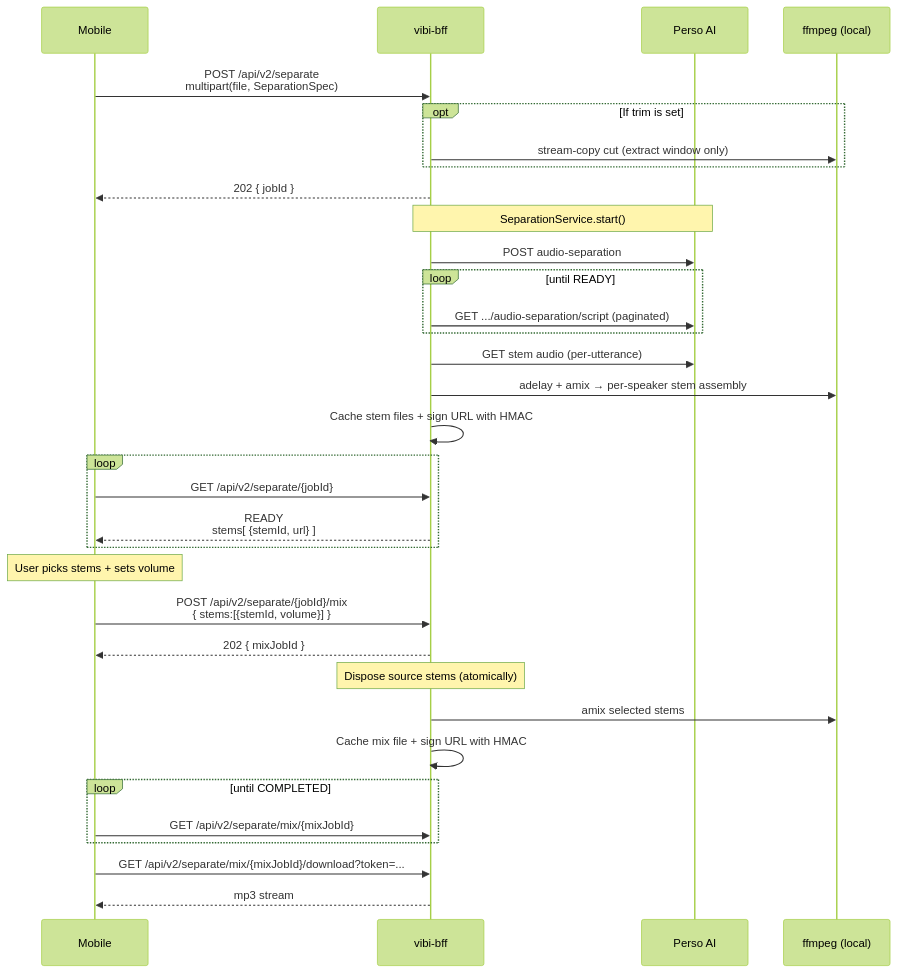
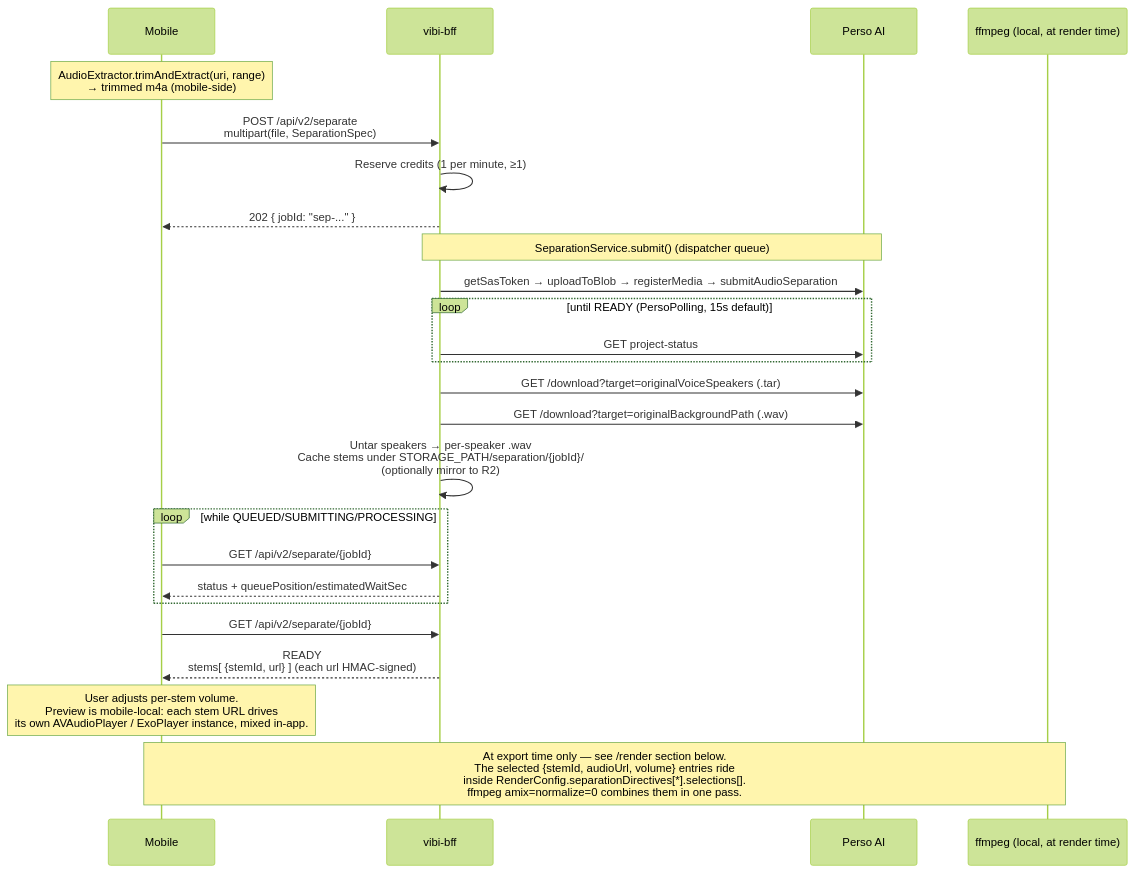
The first of 2 diagrams in docs/explanation/pipelines.md (perso-devrel/vibi-landing), drawn with Mermaid (forest theme) before and after one commit. The commit also changed other lines of this file and 12 other files, not shown here.

````diff
--- a/docs/explanation/pipelines.md
+++ b/docs/explanation/pipelines.md
@@ -17,40 +17,32 @@
 ```mermaid
 sequenceDiagram
     participant M as Mobile
     participant B as vibi-bff
     participant P as Perso AI
-    participant F as ffmpeg (local)
+    participant F as ffmpeg (local, at render time)
 
+    Note over M: AudioExtractor.trimAndExtract(uri, range)<br/>→ trimmed m4a (mobile-side)
     M->>B: POST /api/v2/separate<br/>multipart(file, SeparationSpec)
-    opt If trim is set
-        B->>F: stream-copy cut (extract window only)
+    B->>B: Reserve credits (1 per minute, ≥1)
+    B-->>M: 202 { jobId: "sep-..." }
+
+    Note over B,P: SeparationService.submit() (dispatcher queue)
+    B->>P: getSasToken → uploadToBlob → registerMedia → submitAudioSeparation
+    loop until READY (PersoPolling, 15s default)
+        B->>P: GET project-status
     end
-    B-->>M: 202 { jobId }
+    B->>P: GET /download?target=originalVoiceSpeakers (.tar)
+    B->>P: GET /download?target=originalBackgroundPath (.wav)
+    B->>B: Untar speakers → per-speaker .wav<br/>Cache stems under STORAGE_PATH/separation/{jobId}/<br/>(optionally mirror to R2)
 
-    Note over B,P: SeparationService.start()
-    B->>P: POST audio-separation
-    loop until READY
-        B->>P: GET .../audio-separation/script (paginated)
+    loop while QUEUED/SUBMITTING/PROCESSING
+        M->>B: GET /api/v2/separate/{jobId}
+        B-->>M: status + queuePosition/estimatedWaitSec
     end
-    B->>P: GET stem audio (per-utterance)
-    B->>F: adelay + amix → per-speaker stem assembly
-    B->>B: Cache stem files + sign URL with HMAC
+    M->>B: GET /api/v2/separate/{jobId}
+    B-->>M: READY<br/>stems[ {stemId, url} ] (each url HMAC-signed)
 
-    loop
-        M->>B: GET /api/v2/separate/{jobId}
-        B-->>M: READY<br/>stems[ {stemId, url} ]
-    end
+    Note over M: User adjusts per-stem volume.<br/>Preview is mobile-local: each stem URL drives<br/>its own AVAudioPlayer / ExoPlayer instance, mixed in-app.
 
-    Note over M: User picks stems + sets volume
-    M->>B: POST /api/v2/separate/{jobId}/mix<br/>{ stems:[{stemId, volume}] }
-    B-->>M: 202 { mixJobId }
-    Note over B: Dispose source stems (atomically)
-    B->>F: amix selected stems
-    B->>B: Cache mix file + sign URL with HMAC
-
-    loop until COMPLETED
-        M->>B: GET /api/v2/separate/mix/{mixJobId}
-    end
-    M->>B: GET /api/v2/separate/mix/{mixJobId}/download?token=...
-    B-->>M: mp3 stream
+    Note over M,F: At export time only — see /render section below.<br/>The selected {stemId, audioUrl, volume} entries ride<br/>inside RenderConfig.separationDirectives[*].selections[].<br/>ffmpeg amix=normalize=0 combines them in one pass.
 ```
````
